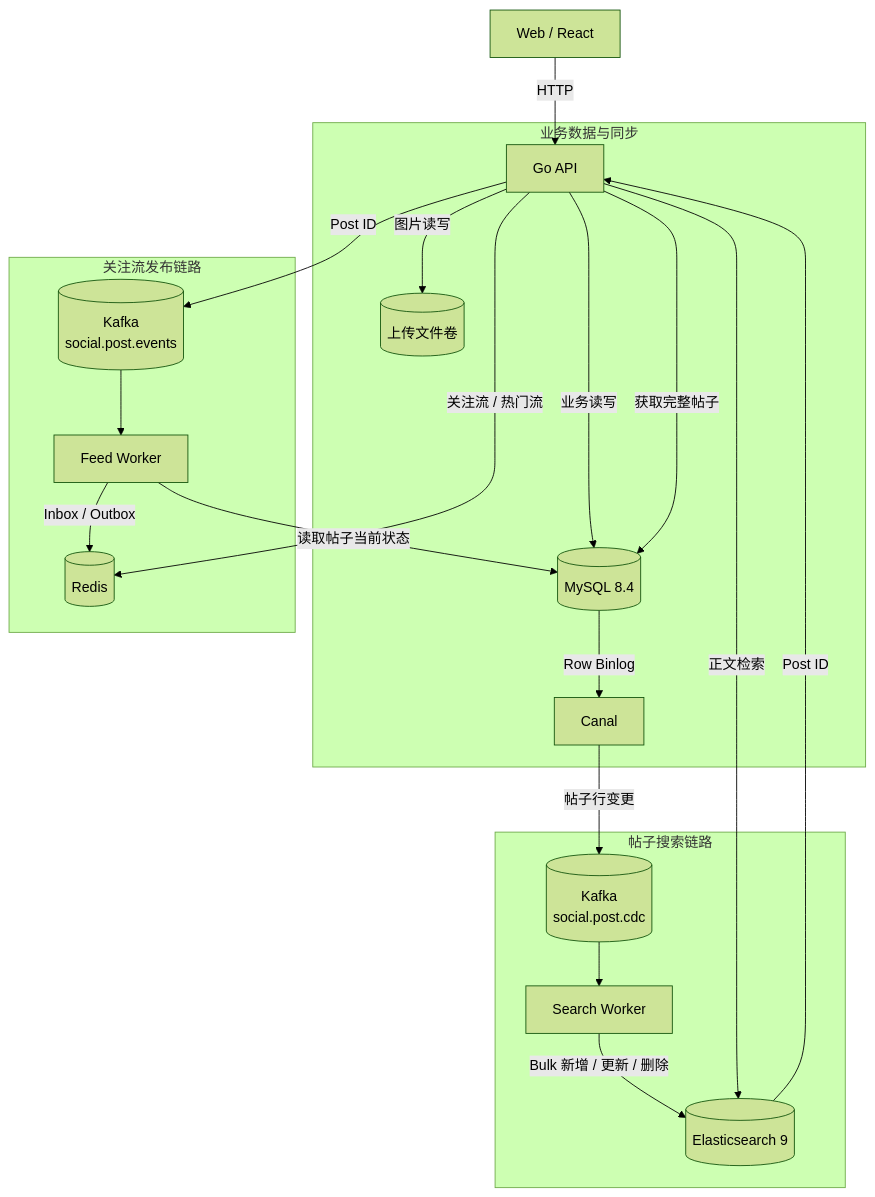
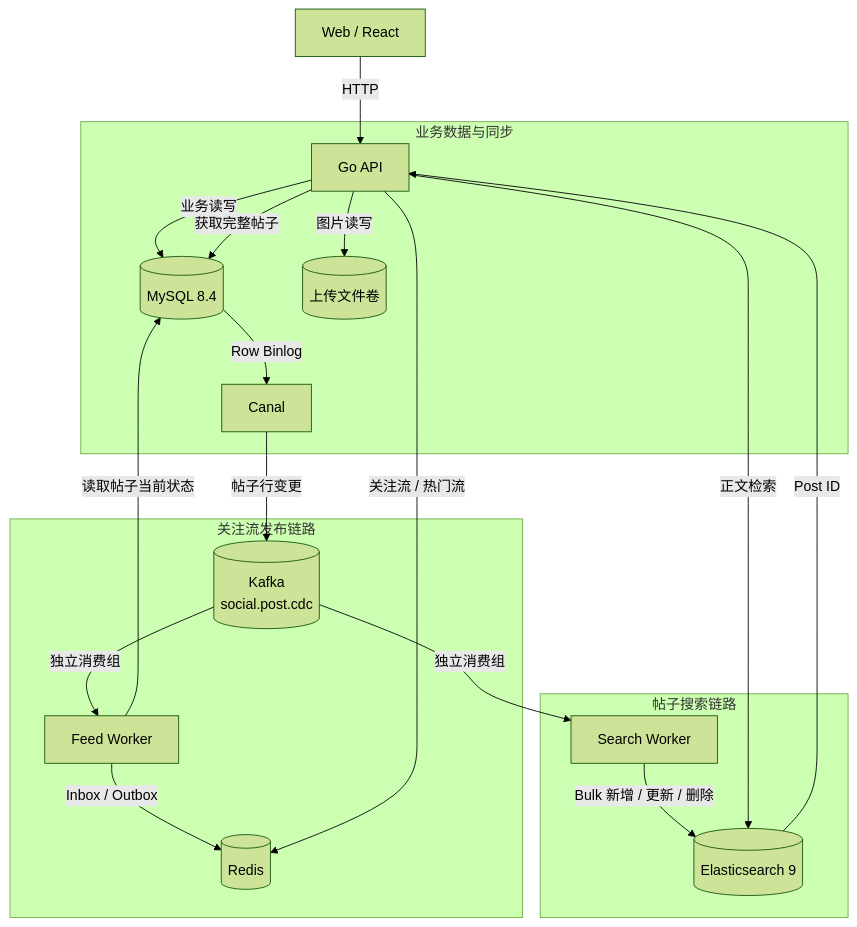
One commit to minova01/social_feed changed the diagram in README.md. Above: the diagram before and after it, drawn with Mermaid (forest theme). The commit also changed other lines of this file and 8 other files, not shown here.

````diff
--- a/README.md
+++ b/README.md
@@ -33,28 +33,28 @@
 ```mermaid
 flowchart TB
     U[Web / React] -->|HTTP| A[Go API]
 
     subgraph Core[业务数据与同步]
         A -->|业务读写| M[(MySQL 8.4)]
         A -->|图片读写| F[(上传文件卷)]
         M -->|Row Binlog| C[Canal]
     end
 
+    C -->|帖子行变更| CDC[(Kafka<br/>social.post.cdc)]
+
     subgraph Feed[关注流发布链路]
-        A -->|Post ID| K[(Kafka<br/>social.post.events)]
-        K --> FW[Feed Worker]
+        CDC -->|独立消费组| FW[Feed Worker]
         FW -->|读取帖子当前状态| M
         FW -->|Inbox / Outbox| R[(Redis)]
     end
 
     subgraph Search[帖子搜索链路]
-        C -->|帖子行变更| CDC[(Kafka<br/>social.post.cdc)]
-        CDC --> SW[Search Worker]
+        CDC -->|独立消费组| SW[Search Worker]
         SW -->|Bulk 新增 / 更新 / 删除| E[(Elasticsearch 9)]
         A -->|正文检索| E
         E -->|Post ID| A
         A -->|获取完整帖子| M
     end
 
     A -->|关注流 / 热门流| R
 ```
````
